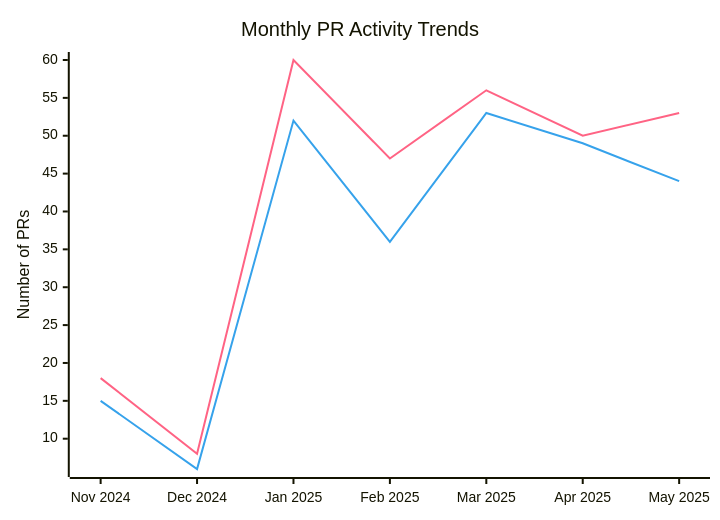
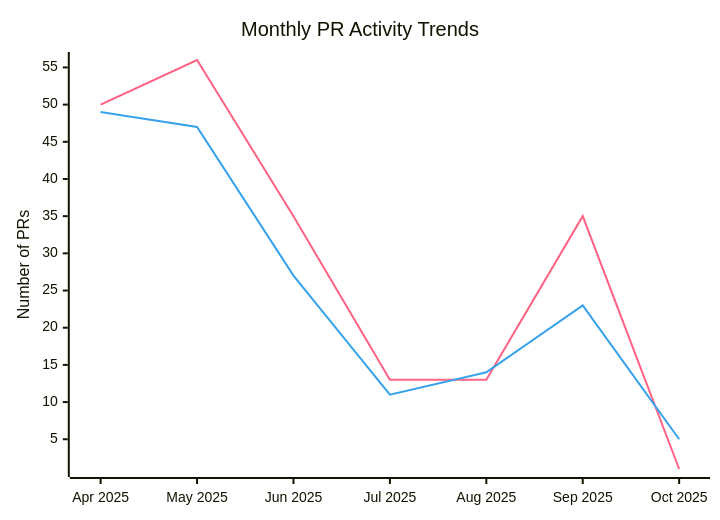
One commit to microsoft/edge-ai changed the first of 11 diagrams in docs/contributions.md. Above: the diagram before and after it, drawn with Mermaid. The commit also changed other lines of this file and 18 other files, not shown here.

````diff
--- a/docs/contributions.md
+++ b/docs/contributions.md
@@ -44,10 +21,10 @@
 ``` mermaid
 
 xychart-beta
     title "Monthly PR Activity Trends"
 %%{init: {"themeVariables": {"xyChart": {"plotColorPalette": "#FF6384, #36A2EB"}}}}%%
-    x-axis ["Nov 2024", "Dec 2024", "Jan 2025", "Feb 2025", "Mar 2025", "Apr 2025", "May 2025"]
+    x-axis ["Apr 2025", "May 2025", "Jun 2025", "Jul 2025", "Aug 2025", "Sep 2025", "Oct 2025"]
     y-axis "Number of PRs"
-    line "Created PRs" [18, 8, 60, 47, 56, 50, 53]
-    line "Completed PRs" [15, 6, 52, 36, 53, 49, 44]
+    line "Created PRs" [50, 56, 35, 13, 13, 35, 1]
+    line "Completed PRs" [49, 47, 27, 11, 14, 23, 5]
 ```
````
